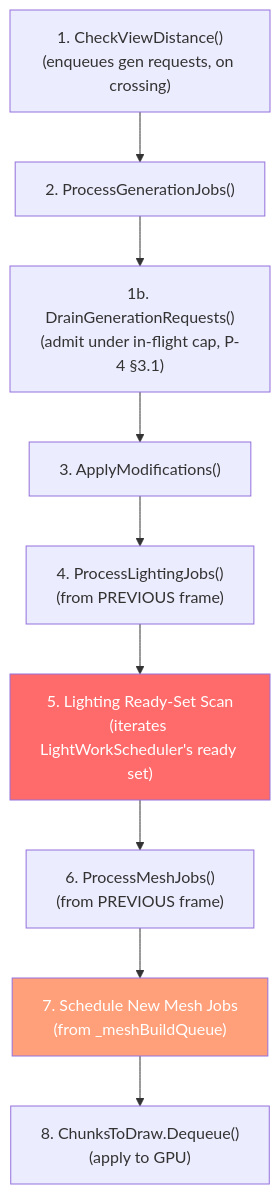
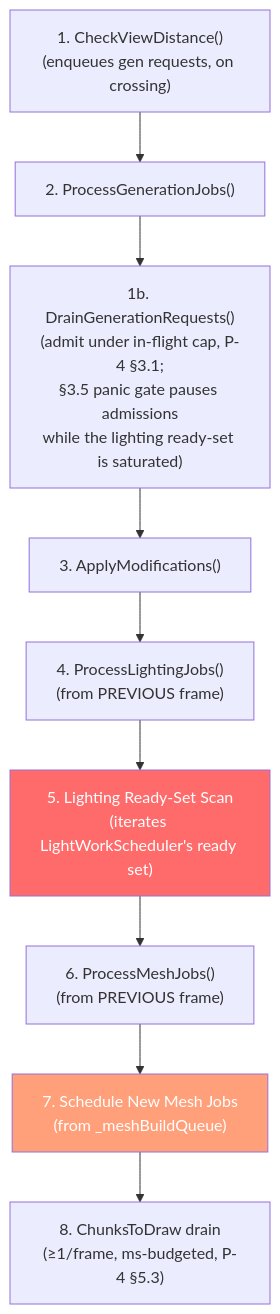
Before and after one commit to A-Van-Gestel/Unity-Minecraft_Clone: the second of 8 diagrams in Documentation/Architecture/CHUNK_LIFECYCLE_PIPELINE.md, drawn with Mermaid. The commit also changed other lines of this file and 3 other files, not shown here.

````diff
--- a/Documentation/Architecture/CHUNK_LIFECYCLE_PIPELINE.md
+++ b/Documentation/Architecture/CHUNK_LIFECYCLE_PIPELINE.md
@@ -133,13 +133,13 @@
 ```mermaid
 flowchart TD
     A["1. CheckViewDistance()<br/>(enqueues gen requests, on crossing)"] --> B["2. ProcessGenerationJobs()"]
-    B --> B1b["1b. DrainGenerationRequests()<br/>(admit under in-flight cap, P-4 §3.1)"]
+    B --> B1b["1b. DrainGenerationRequests()<br/>(admit under in-flight cap, P-4 §3.1;<br/>§3.5 panic gate pauses admissions<br/>while the lighting ready-set is saturated)"]
     B1b --> C["3. ApplyModifications()"]
     C --> D["4. ProcessLightingJobs()<br/>(from PREVIOUS frame)"]
     D --> E["5. Lighting Ready-Set Scan<br/>(iterates LightWorkScheduler's ready set)"]
     E --> F["6. ProcessMeshJobs()<br/>(from PREVIOUS frame)"]
     F --> G["7. Schedule New Mesh Jobs<br/>(from _meshBuildQueue)"]
-    G --> H["8. ChunksToDraw.Dequeue()<br/>(apply to GPU)"]
+    G --> H["8. ChunksToDraw drain<br/>(≥1/frame, ms-budgeted, P-4 §5.3)"]
     style E fill: #ff6b6b, color: #fff
     style G fill: #ffa07a, color: #fff
 ```
````
